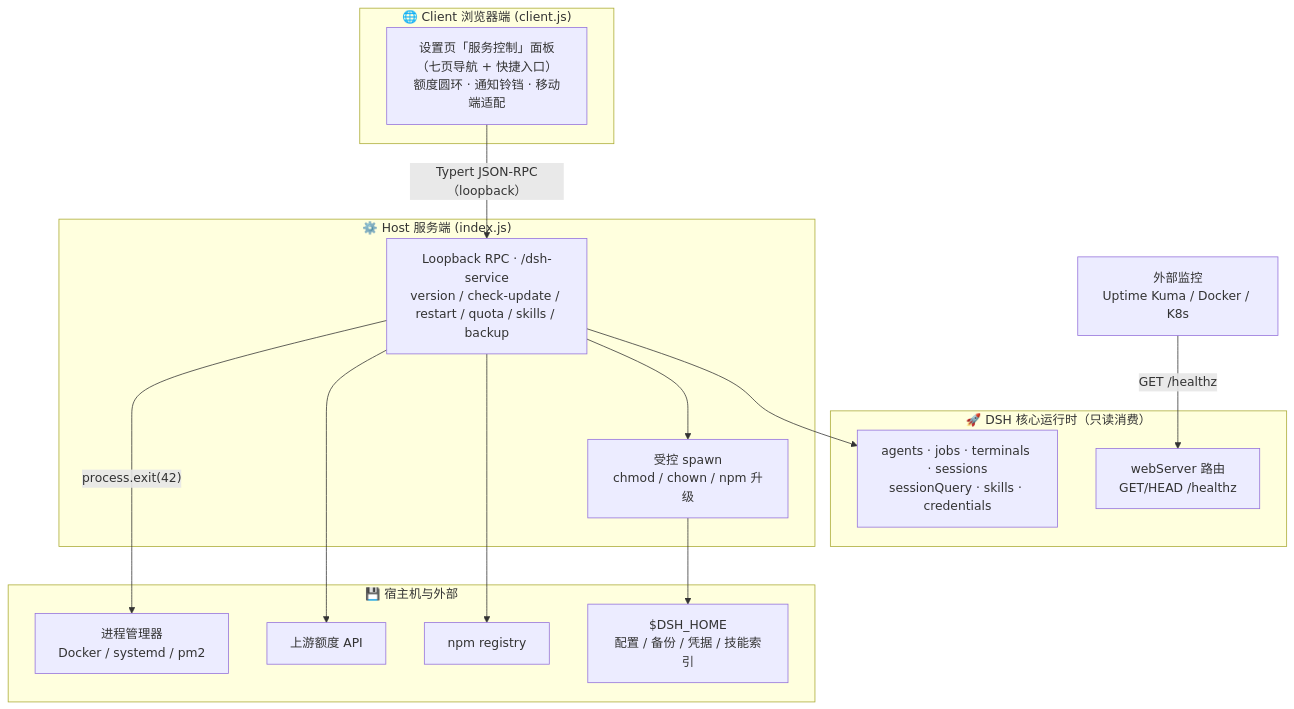
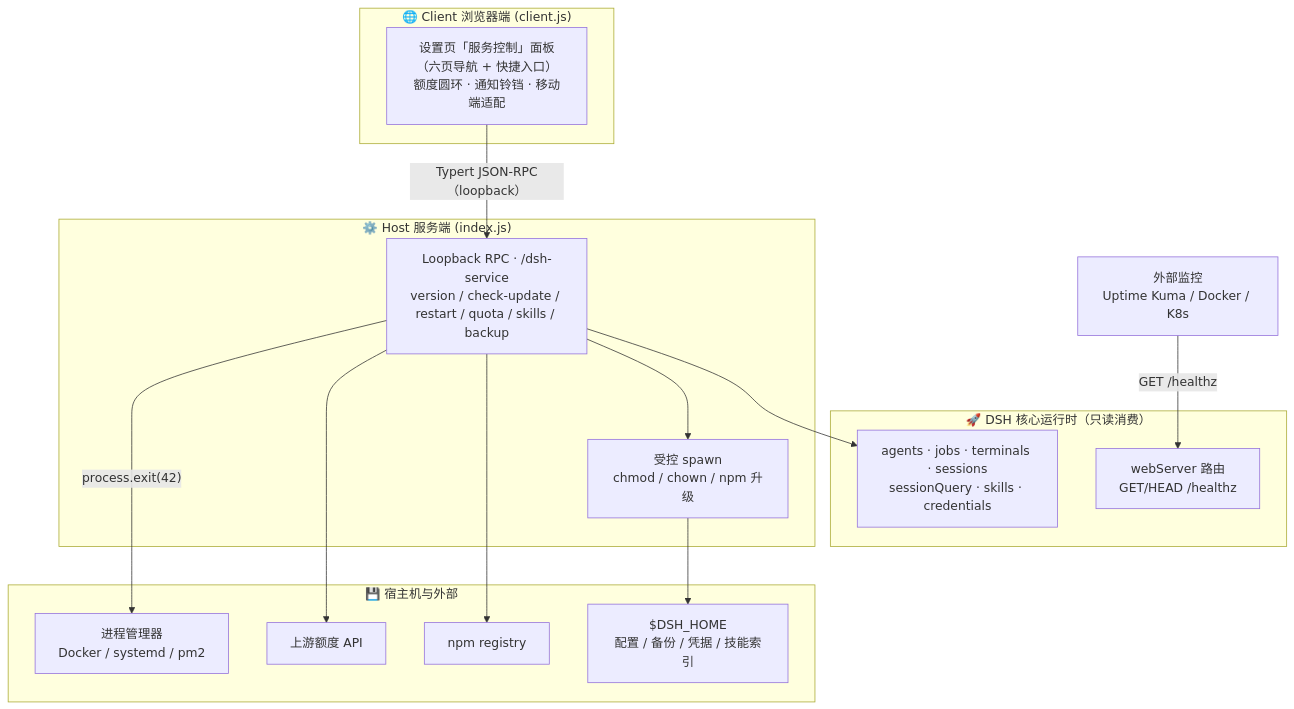
Before and after one commit to gehennawu/dsh-service: the diagram in README.md, drawn with Mermaid. The commit also changed other lines of this file and 4 other files, not shown here.

````diff
--- a/README.md
+++ b/README.md
@@ -283,32 +284,32 @@
 ```mermaid
 flowchart TB
     subgraph Client["🌐 Client 浏览器端 (client.js)"]
-        UI["设置页「服务控制」面板（七页导航 + 快捷入口）<br/>额度圆环 · 通知铃铛 · 移动端适配"]
+        UI["设置页「服务控制」面板（六页导航 + 快捷入口）<br/>额度圆环 · 通知铃铛 · 移动端适配"]
     end
 
     subgraph Host["⚙️ Host 服务端 (index.js)"]
         RPC["Loopback RPC · /dsh-service<br/>version / check-update / restart / quota / skills / backup"]
         SPAWN["受控 spawn<br/>chmod / chown / npm 升级"]
     end
 
     subgraph DSH["🚀 DSH 核心运行时（只读消费）"]
         CORE["agents · jobs · terminals · sessions<br/>sessionQuery · skills · credentials"]
         WEB["webServer 路由<br/>GET/HEAD /healthz"]
     end
 
     subgraph OS["💾 宿主机与外部"]
         PM["进程管理器<br/>Docker / systemd / pm2"]
         FS["$DSH_HOME<br/>配置 / 备份 / 凭据 / 技能索引"]
         REG["npm registry"]
         QUOTA["上游额度 API"]
     end
 
     UI -- "Typert JSON-RPC（loopback）" --> RPC
     RPC --> CORE
     RPC --> SPAWN
     RPC --> REG
     RPC --> QUOTA
     RPC -- "process.exit(42)" --> PM
     SPAWN --> FS
     MON["外部监控<br/>Uptime Kuma / Docker / K8s"] -- "GET /healthz" --> WEB
 ```
````
